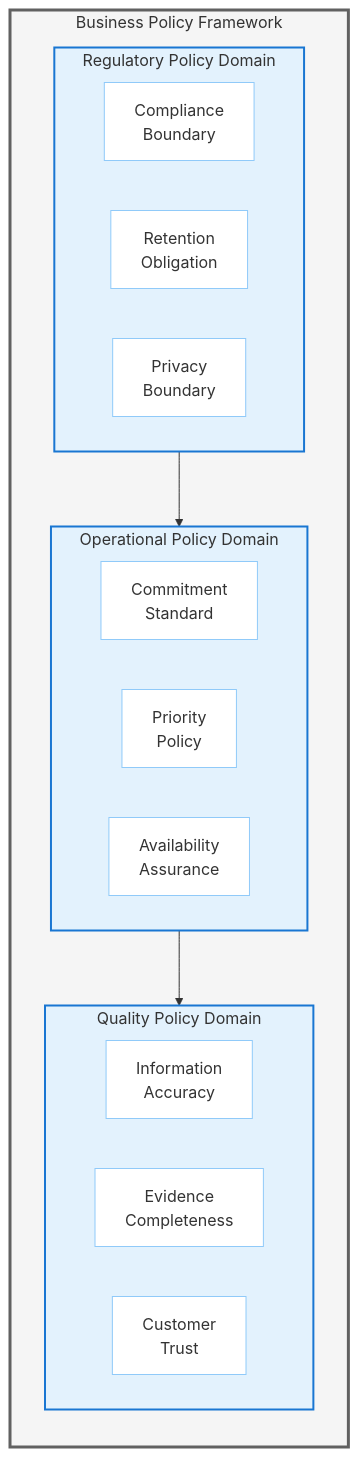
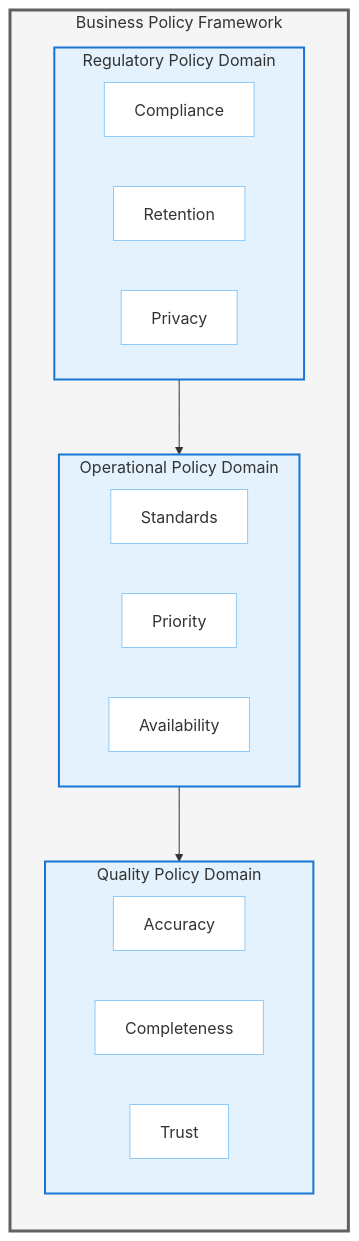
One commit to Evilazaro/Azure-LogicApps-Monitoring changed the sixth of 7 diagrams in docs/architecture/01-business-architecture.md. Above: the diagram before and after it, drawn with Mermaid. The commit also changed other lines of this file, not shown here.

Commit message:
Refactor Business Architecture document: simplify terminology in diagrams for clarity and consistency

````diff
--- a/docs/architecture/01-business-architecture.md
+++ b/docs/architecture/01-business-architecture.md
@@ -760,38 +760,38 @@
 ```mermaid
 flowchart TB
     subgraph Policy_Framework["Business Policy Framework"]
         direction TB
 
         subgraph Regulatory["Regulatory Policy Domain"]
             direction LR
-            RP1["Compliance<br/>Boundary"]
-            RP2["Retention<br/>Obligation"]
-            RP3["Privacy<br/>Boundary"]
+            RP1["Compliance"]
+            RP2["Retention"]
+            RP3["Privacy"]
         end
 
         subgraph Operational["Operational Policy Domain"]
             direction LR
-            OP1["Commitment<br/>Standard"]
-            OP2["Priority<br/>Policy"]
-            OP3["Availability<br/>Assurance"]
+            OP1["Standards"]
+            OP2["Priority"]
+            OP3["Availability"]
         end
 
         subgraph Quality["Quality Policy Domain"]
             direction LR
-            QP1["Information<br/>Accuracy"]
-            QP2["Evidence<br/>Completeness"]
-            QP3["Customer<br/>Trust"]
+            QP1["Accuracy"]
+            QP2["Completeness"]
+            QP3["Trust"]
         end
 
         Regulatory --> Operational
         Operational --> Quality
     end
 
     classDef level1 fill:#f5f5f5,stroke:#616161,stroke-width:3px
     classDef level2 fill:#e3f2fd,stroke:#1976d2,stroke-width:2px
     classDef level3 fill:#ffffff,stroke:#90caf9,stroke-width:1px
 
     class Policy_Framework level1
     class Regulatory,Operational,Quality level2
     class RP1,RP2,RP3,OP1,OP2,OP3,QP1,QP2,QP3 level3
 ```
````
